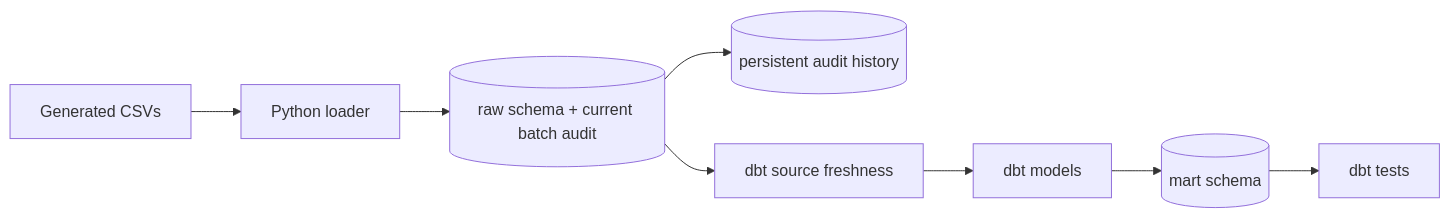
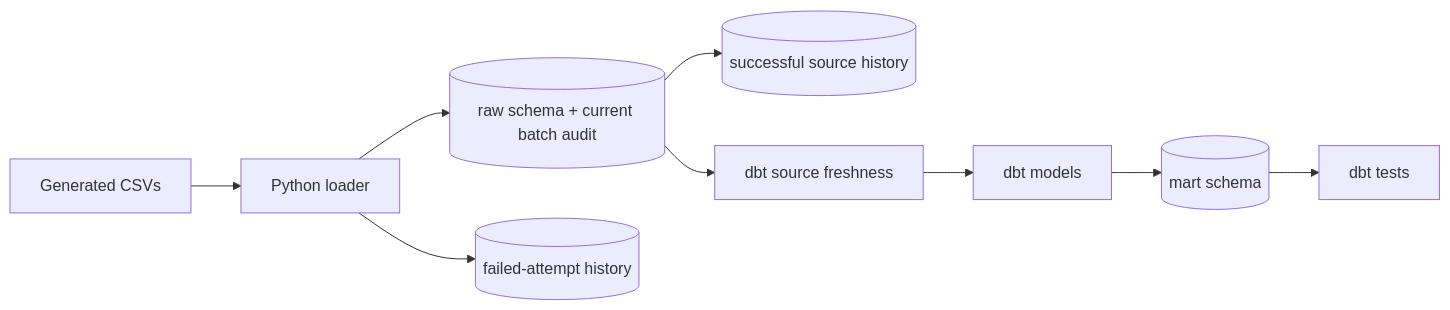
One commit to Wasim-Jussab/finance-analytics-engineering-portfolio changed the diagram in docs/dbt-workflow.md. Above: the diagram before and after it, drawn with Mermaid. The commit also changed other lines of this file and 10 other files, not shown here.

````diff
--- a/docs/dbt-workflow.md
+++ b/docs/dbt-workflow.md
@@ -9,10 +9,11 @@
 ```mermaid
 flowchart LR
     A[Generated CSVs] --> B[Python loader]
     B --> C[(raw schema + current batch audit)]
-    C --> H[(persistent audit history)]
+    C --> H[(successful source history)]
+    B --> I[(failed-attempt history)]
     C --> G[dbt source freshness]
     G --> D[dbt models]
     D --> E[(mart schema)]
     E --> F[dbt tests]
 ```
````
